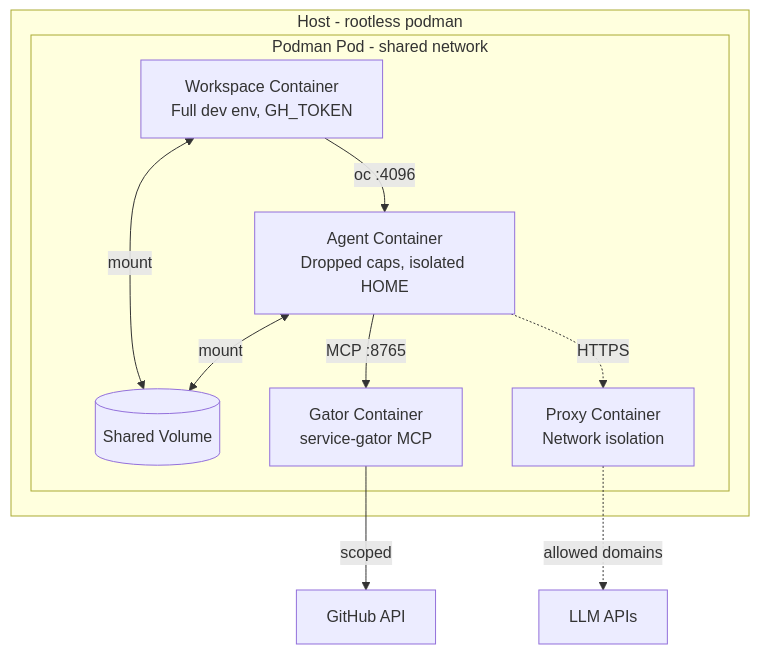
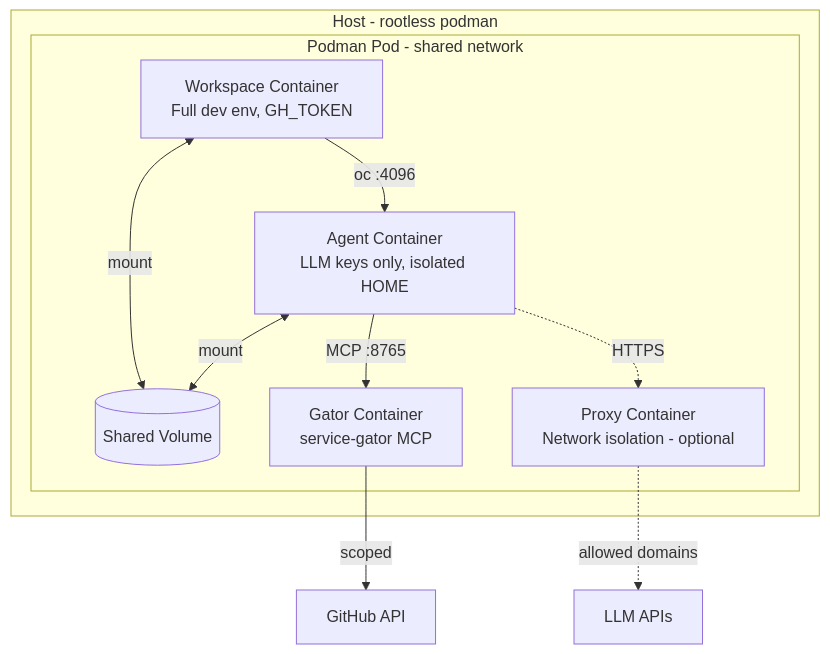
Before and after one commit to arewm/devaipod: the diagram in docs/src/sandboxing.md, drawn with Mermaid. The commit also changed other lines of this file and 7 other files, not shown here.

First line of the commit message:
docs: Fix sandboxing claims, add component list, simplify roadmap

````diff
--- a/docs/src/sandboxing.md
+++ b/docs/src/sandboxing.md
@@ -23,19 +21,19 @@
 ```mermaid
 flowchart TB
     subgraph host[Host - rootless podman]
         subgraph pod[Podman Pod - shared network]
             workspace[Workspace Container<br/>Full dev env, GH_TOKEN]
-            agent[Agent Container<br/>Dropped caps, isolated HOME]
+            agent[Agent Container<br/>LLM keys only, isolated HOME]
             gator[Gator Container<br/>service-gator MCP]
-            proxy[Proxy Container<br/>Network isolation]
+            proxy[Proxy Container<br/>Network isolation - optional]
             volume[(Shared Volume)]
         end
     end
     workspace <-->|mount| volume
     agent <-->|mount| volume
     workspace -->|oc :4096| agent
     agent -->|MCP :8765| gator
     agent -.->|HTTPS| proxy
     gator -->|scoped| github[GitHub API]
     proxy -.->|allowed domains| llm[LLM APIs]
 ```
````
